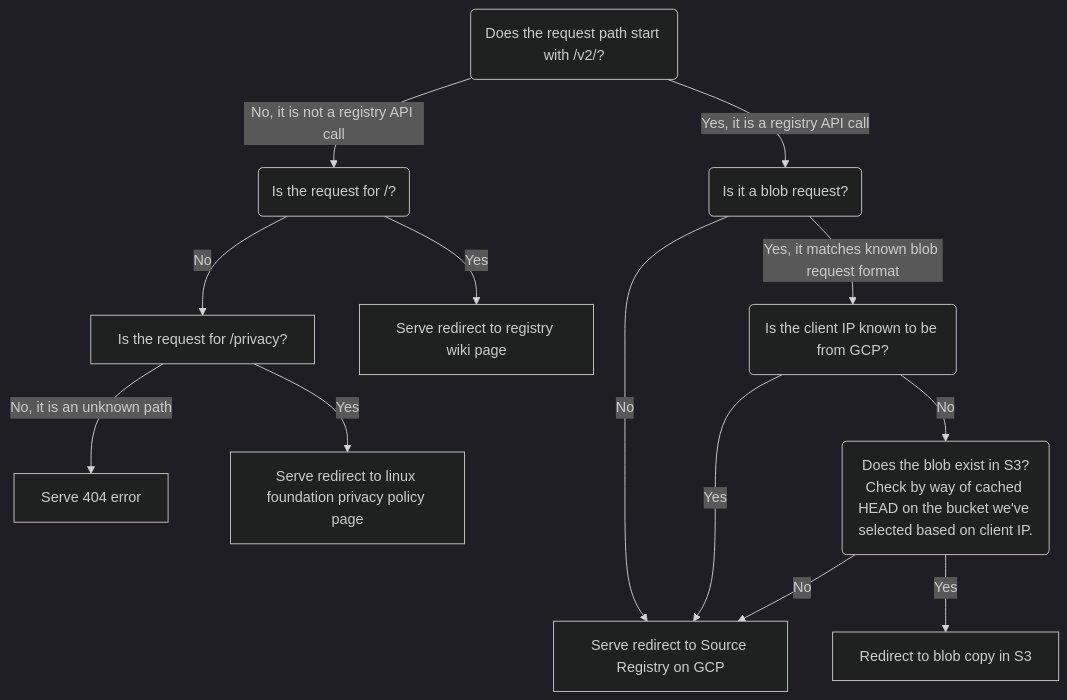
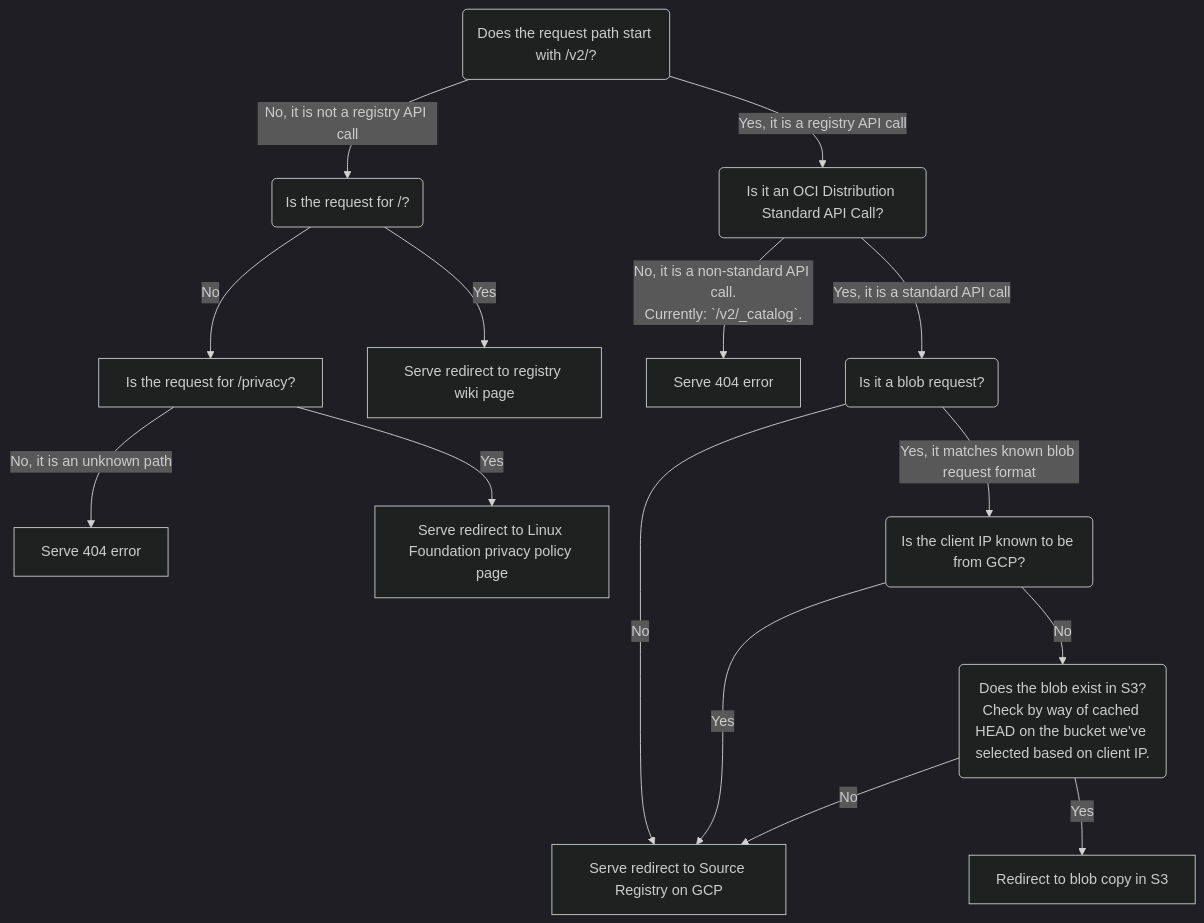
The diagram in cmd/archeio/docs/request-handling.md (kubernetes/registry.k8s.io), drawn with Mermaid (dark theme) before and after one commit.

Commit message:
update request-handling.md to cover non-standard API calls

````diff
--- a/cmd/archeio/docs/request-handling.md
+++ b/cmd/archeio/docs/request-handling.md
@@ -18,16 +18,18 @@
 ```mermaid
 flowchart TD
 
 A(Does the request path start with /v2/?) -->|No, it is not a registry API call| B(Is the request for /?)
 B -->|No| D[Is the request for /privacy?]
 D -->|No, it is an unknown path| C[Serve 404 error]
-D -->|Yes| K[Serve redirect to linux foundation privacy policy page]
+D -->|Yes| K[Serve redirect to Linux Foundation privacy policy page]
 B -->|Yes| E[Serve redirect to registry wiki page]
-A -->|Yes, it is a registry API call| F(Is it a blob request?)
+A -->|Yes, it is a registry API call| L(Is it an OCI Distribution Standard API Call?)
+L -->|No, it is a non-standard API call.<br>Currently: `/v2/_catalog`.| M[Serve 404 error]
+L -->|Yes, it is a standard API call| F(Is it a blob request?)
 F -->|No| G[Serve redirect to Source Registry on GCP]
 F -->|Yes, it matches known blob request format| H(Is the client IP known to be from GCP?)
 H -->|Yes| G
 H -->|No| I(Does the blob exist in S3?<br/>Check by way of cached HEAD on the bucket we've selected based on client IP.)
 I -->|No| G
 I -->|Yes| J[Redirect to blob copy in S3]
 ```
````
